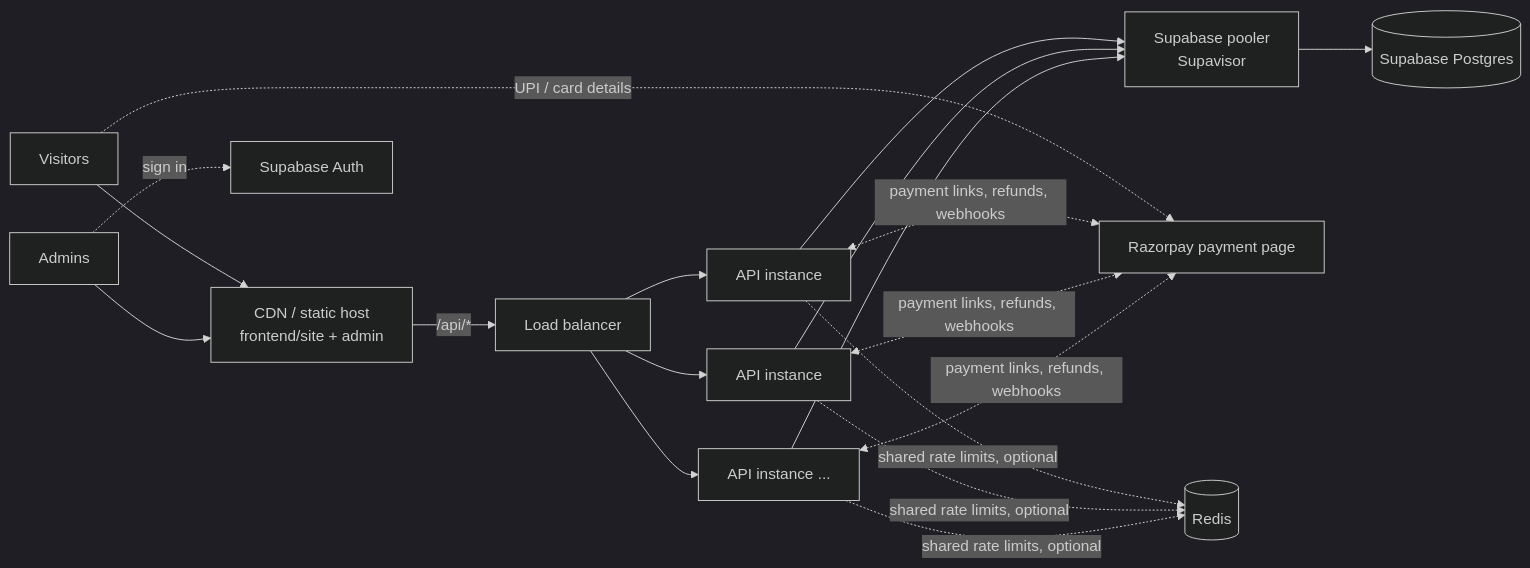
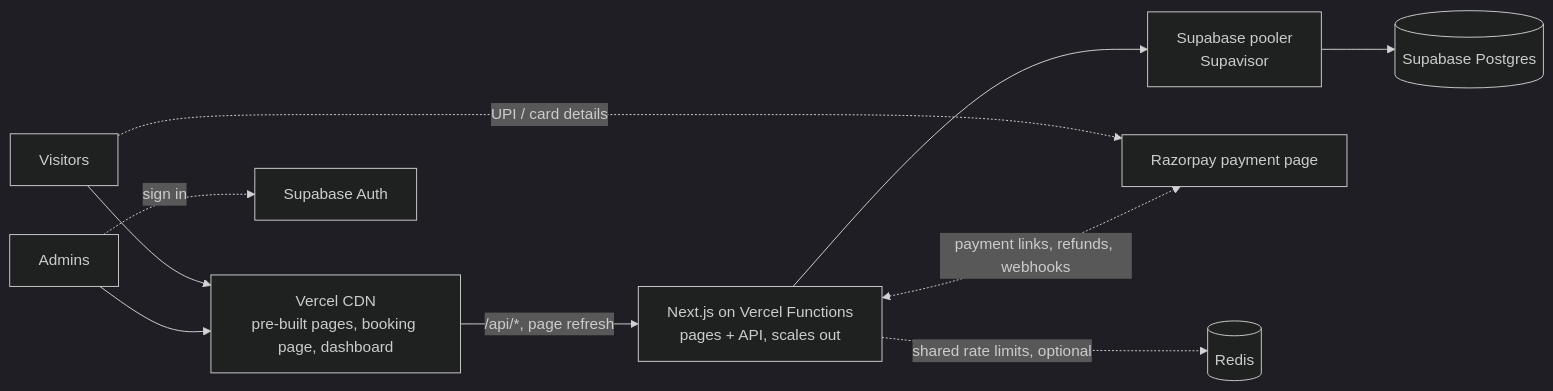
Before and after one commit to mohi2006august/grownd: the diagram in grownd-main/README.md, drawn with Mermaid (dark theme). The commit also changed other lines of this file and 110 other files, not shown here.

````diff
--- a/grownd-main/README.md
+++ b/grownd-main/README.md
@@ -34,15 +44,12 @@
 ```mermaid
 flowchart LR
-  V[Visitors] --> CDN[CDN / static host<br/>frontend/site + admin]
+  V[Visitors] --> CDN[Vercel CDN<br/>pre-built pages, booking page, dashboard]
   A[Admins] --> CDN
-  CDN -- "/api/*" --> LB[Load balancer]
-  LB --> API1[API instance]
-  LB --> API2[API instance]
-  LB --> APIn[API instance ...]
-  API1 & API2 & APIn --> POOL[Supabase pooler<br/>Supavisor]
+  CDN -- "/api/*, page refresh" --> FN[Next.js on Vercel Functions<br/>pages + API, scales out]
+  FN --> POOL[Supabase pooler<br/>Supavisor]
   POOL --> PG[(Supabase Postgres)]
   A -. sign in .-> AUTH[Supabase Auth]
   V -. UPI / card details .-> RZP[Razorpay payment page]
-  API1 & API2 & APIn <-. payment links, refunds, webhooks .-> RZP
-  API1 & API2 & APIn -. shared rate limits, optional .-> R[(Redis)]
+  FN <-. payment links, refunds, webhooks .-> RZP
+  FN -. shared rate limits, optional .-> R[(Redis)]
 ```
````
